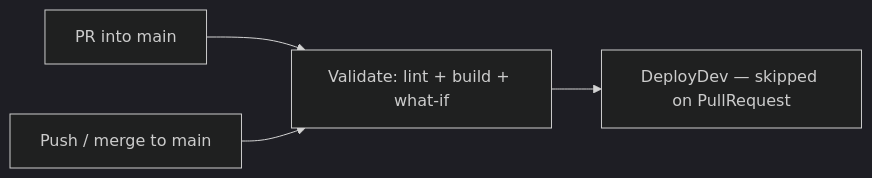
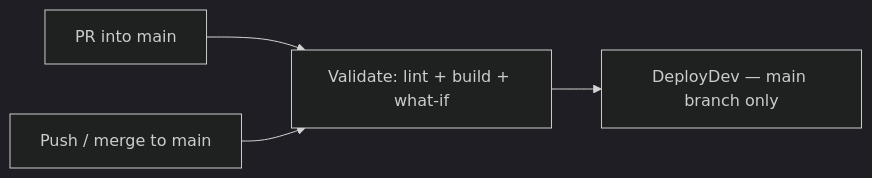
Before and after one commit to atingupta2006/Azure-Bicep-with-Azure-DevOps: the diagram in day-05/notes.md, drawn with Mermaid (dark theme). The commit also changed other lines of this file and 12 other files, not shown here.

````diff
--- a/day-05/notes.md
+++ b/day-05/notes.md
@@ -63,6 +74,6 @@
 ```mermaid
 flowchart LR
   pr["PR into main"] --> v["Validate: lint + build + what-if"]
   main["Push / merge to main"] --> v
-  v --> d["DeployDev — skipped on PullRequest"]
+  v --> d["DeployDev — main branch only"]
 ```
````
